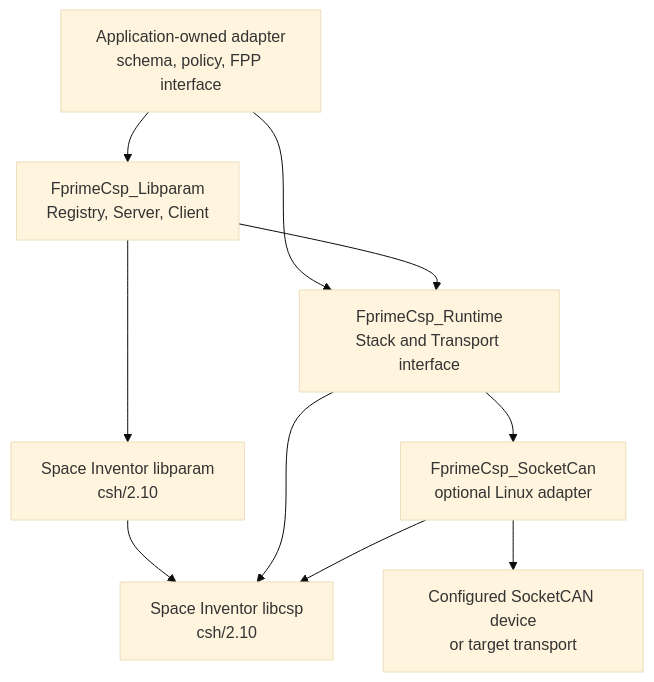
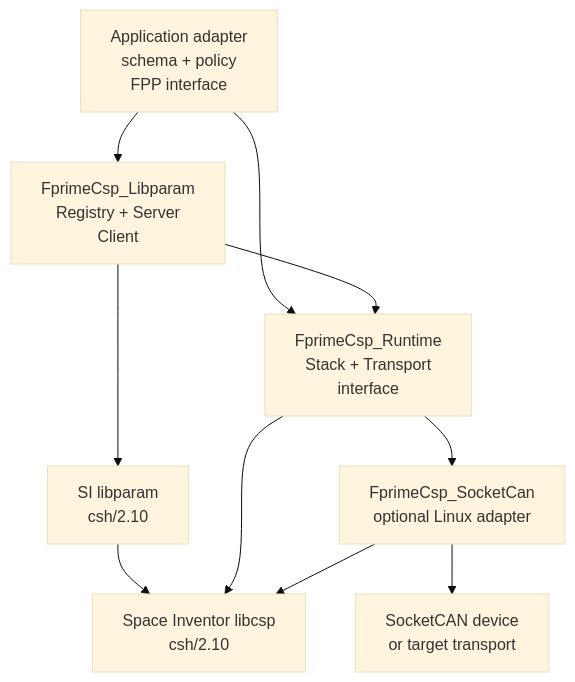
The second of 4 diagrams in docs/architecture.md (SiboVG/fprime-csp-libparam), drawn with Mermaid (base theme) before and after one commit. The commit also changed other lines of this file and 28 other files, not shown here.

````diff
--- a/docs/architecture.md
+++ b/docs/architecture.md
@@ -107,20 +108,20 @@
 ```mermaid
 flowchart TB
-  APP["Application-owned adapter<br/>schema, policy, FPP interface"]
-  LP["FprimeCsp_Libparam<br/>Registry, Server, Client"]
-  RT["FprimeCsp_Runtime<br/>Stack and Transport interface"]
+  APP["Application adapter<br/>schema + policy<br/>FPP interface"]
+  LP["FprimeCsp_Libparam<br/>Registry + Server<br/>Client"]
+  RT["FprimeCsp_Runtime<br/>Stack + Transport<br/>interface"]
   SC["FprimeCsp_SocketCan<br/>optional Linux adapter"]
-  LPARAM["Space Inventor libparam<br/>csh/2.10"]
+  LPARAM["SI libparam<br/>csh/2.10"]
   CSP["Space Inventor libcsp<br/>csh/2.10"]
-  CAN["Configured SocketCAN device<br/>or target transport"]
+  CAN["SocketCAN device<br/>or target transport"]
 
   APP --> LP
   APP --> RT
   LP --> RT
   LP --> LPARAM
   LPARAM --> CSP
   RT --> CSP
   RT --> SC
   SC --> CSP
   SC --> CAN
 ```
````
